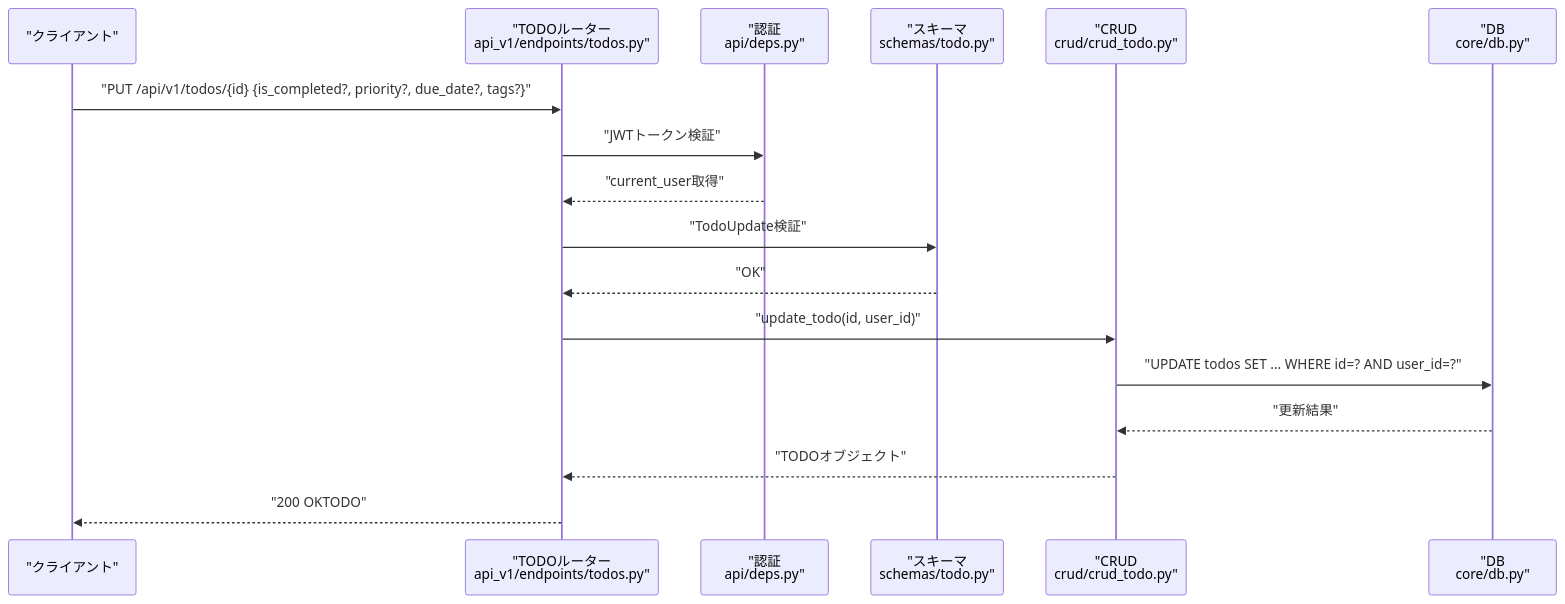
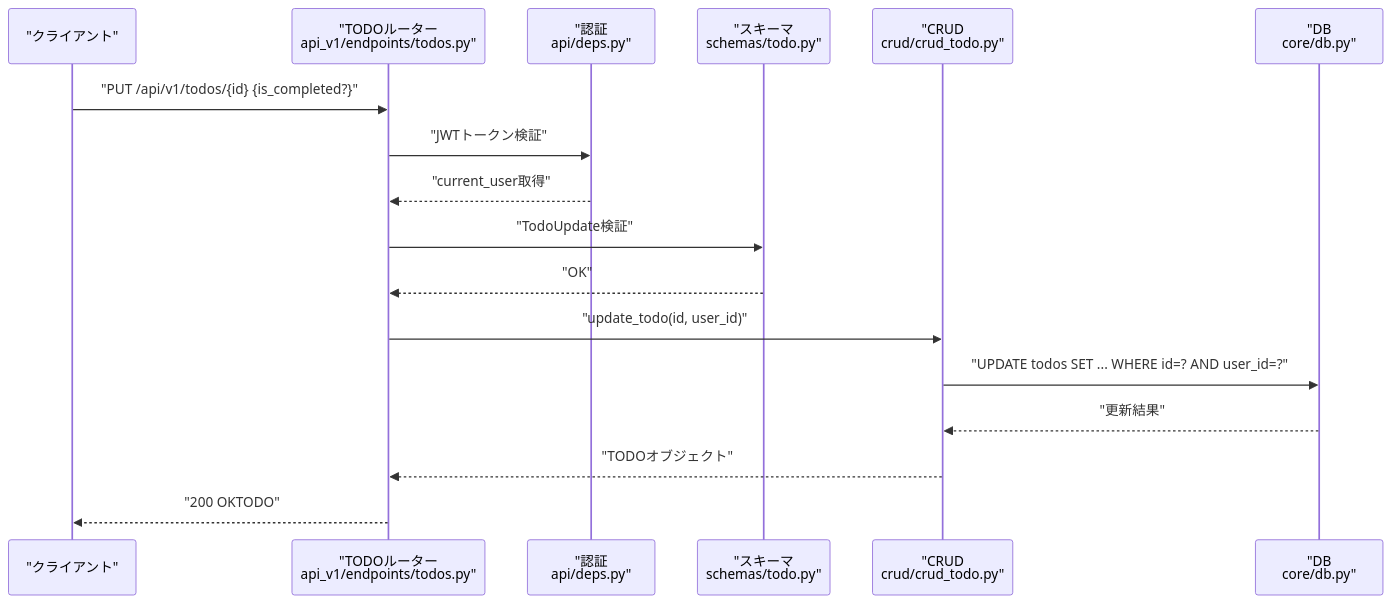
One commit to ss8806/Todos changed the fifth of 7 diagrams in .qoder/repowiki/ja/content/APIリファレンス/TODO管理API.md. Above: the diagram before and after it, drawn with Mermaid. The commit also changed other lines of this file and 17 other files, not shown here.

````diff
--- a/.qoder/repowiki/ja/content/APIリファレンス/TODO管理API.md
+++ b/.qoder/repowiki/ja/content/APIリファレンス/TODO管理API.md
@@ -352,19 +342,19 @@
 ```mermaid
 sequenceDiagram
 participant C as "クライアント"
 participant R as "TODOルーター<br/>api_v1/endpoints/todos.py"
 participant A as "認証<br/>api/deps.py"
 participant V as "スキーマ<br/>schemas/todo.py"
 participant U as "CRUD<br/>crud/crud_todo.py"
 participant D as "DB<br/>core/db.py"
-C->>R : "PUT /api/v1/todos/{id} {is_completed?, priority?, due_date?, tags?}"
+C->>R : "PUT /api/v1/todos/{id} {is_completed?}"
 R->>A : "JWTトークン検証"
 A-->>R : "current_user取得"
 R->>V : "TodoUpdate検証"
 V-->>R : "OK"
 R->>U : "update_todo(id, user_id)"
 U->>D : "UPDATE todos SET ... WHERE id=? AND user_id=?"
 D-->>U : "更新結果"
 U-->>R : "TODOオブジェクト"
 R-->>C : "200 OKTODO"
 ```
````
